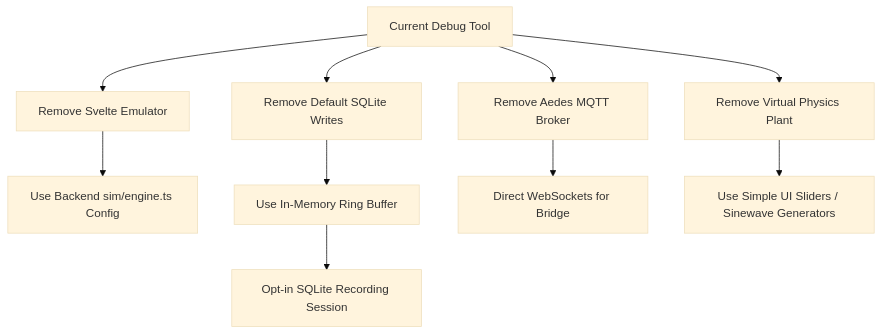
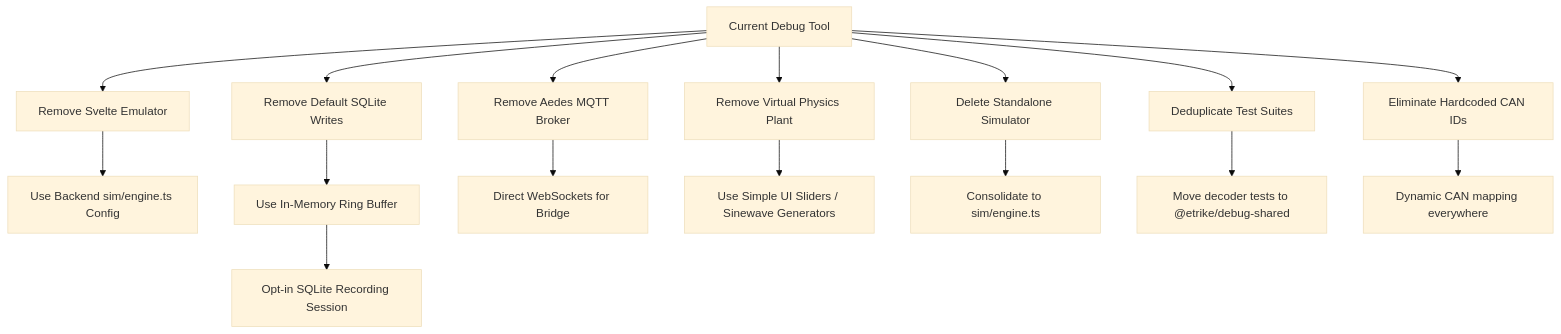
Before and after one commit to shakilapr/etrike: the diagram in debug-tool/update.md, drawn with Mermaid (base theme). The commit also changed other lines of this file and 1 other file, not shown here.

Commit message:
docs(debug-tool): finalize pragmatic zero-allocation roadmap and UI audit

````diff
--- a/debug-tool/update.md
+++ b/debug-tool/update.md
@@ -47,13 +47,19 @@
 ```mermaid
 graph TD
     A[Current Debug Tool] --> B[Remove Svelte Emulator]
     A --> C[Remove Default SQLite Writes]
     A --> D[Remove Aedes MQTT Broker]
     A --> E[Remove Virtual Physics Plant]
+    A --> F[Delete Standalone Simulator]
+    A --> G[Deduplicate Test Suites]
+    A --> H[Eliminate Hardcoded CAN IDs]
 
     B --> B1[Use Backend sim/engine.ts Config]
     C --> C1[Use In-Memory Ring Buffer]
     C1 --> C2[Opt-in SQLite Recording Session]
     D --> D1[Direct WebSockets for Bridge]
     E --> E1[Use Simple UI Sliders / Sinewave Generators]
+    F --> F1[Consolidate to sim/engine.ts]
+    G --> G1[Move decoder tests to @etrike/debug-shared]
+    H --> H1[Dynamic CAN mapping everywhere]
 ```
````
